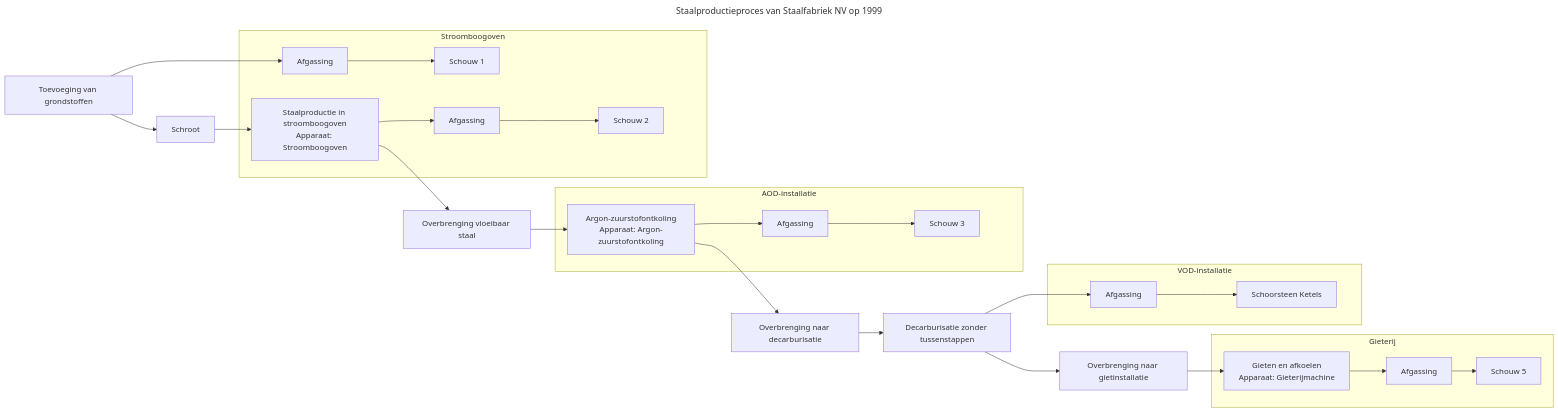
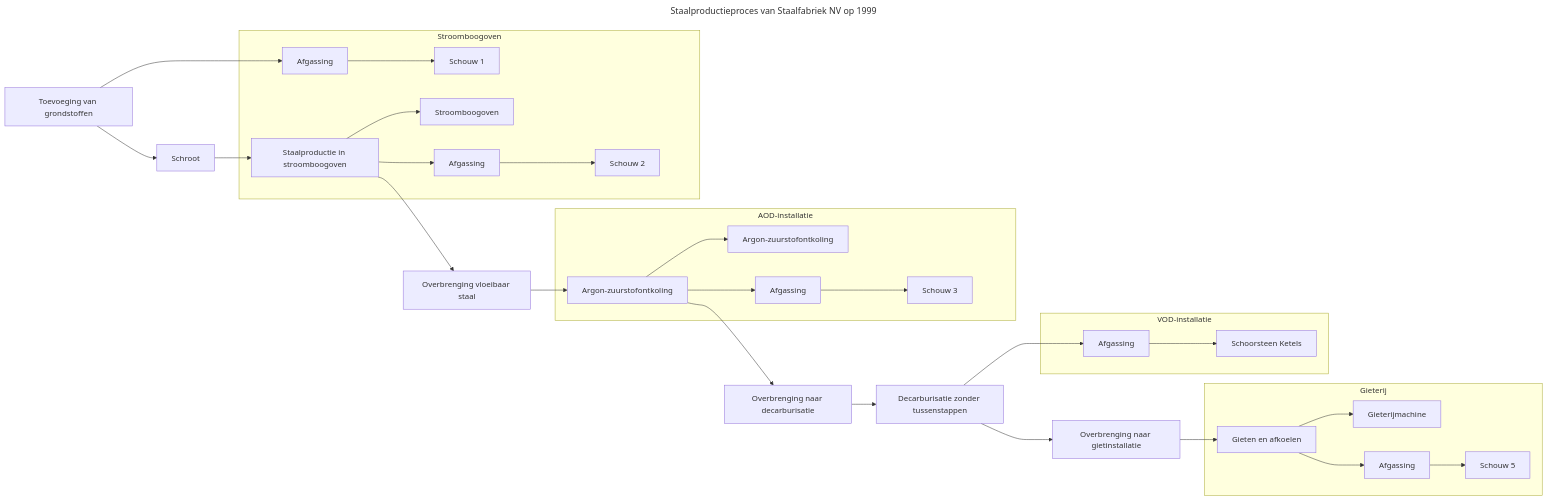
One commit to milieuinfo/RIE-IEPR changed the diagram in documentatie/bin/activiteit-visualisatie/diagrams/0400123123_6851234567_ACTIVITEIT_1_VERSIE1999_proces_0400123123_6851234567_ACTIVITEIT_1_VERSIE1999.mmd. Above: the diagram before and after it, drawn with Mermaid. The commit also changed 23 other files, not shown here.

```diff
--- a/documentatie/bin/activiteit-visualisatie/diagrams/0400123123_6851234567_ACTIVITEIT_1_VERSIE1999_proces_0400123123_6851234567_ACTIVITEIT_1_VERSIE1999.mmd
+++ b/documentatie/bin/activiteit-visualisatie/diagrams/0400123123_6851234567_ACTIVITEIT_1_VERSIE1999_proces_0400123123_6851234567_ACTIVITEIT_1_VERSIE1999.mmd
@@ -1,52 +1,55 @@
 ---
 title: "Staalproductieproces van Staalfabriek NV op 1999"
 ---
 flowchart LR
 subgraph installatie_0400123123_6851234567_0000001["Stroomboogoven"]
 emissiepunt_0400123123_6851234567_0000001["Schouw 1"]
 proces_0400123123_6851234567_ACTIVITEIT_1_0002["Afgassing"]
 emissiepunt_0400123123_6851234567_0000002["Schouw 2"]
 proces_0400123123_6851234567_ACTIVITEIT_1_0005["Afgassing"]
-proces_0400123123_6851234567_ACTIVITEIT_1_0004["Staalproductie in stroomboogoven
-Apparaat: Stroomboogoven"]
+apparaat_0400123123_6851234567_0001["Stroomboogoven"]
+proces_0400123123_6851234567_ACTIVITEIT_1_0004["Staalproductie in stroomboogoven"]
 end
 subgraph installatie_0400123123_6851234567_0000002["Gieterij"]
 emissiepunt_0400123123_6851234567_0000005["Schouw 5"]
 proces_0400123123_6851234567_ACTIVITEIT_1_0012["Afgassing"]
-proces_0400123123_6851234567_ACTIVITEIT_1_0011["Gieten en afkoelen
-Apparaat: Gieterijmachine"]
+apparaat_0400123123_6851234567_0002["Gieterijmachine"]
+proces_0400123123_6851234567_ACTIVITEIT_1_0011["Gieten en afkoelen"]
 end
 subgraph installatie_0400123123_6851234567_0000003["VOD-installatie"]
 emissiepunt_0400123123_6851234567_0000004["Schoorsteen Ketels"]
 proces_0400123123_6851234567_ACTIVITEIT_1_0010_VERSIE1999["Afgassing"]
 end
 subgraph installatie_0400123123_6851234567_0000004["AOD-installatie"]
 emissiepunt_0400123123_6851234567_0000003["Schouw 3"]
 proces_0400123123_6851234567_ACTIVITEIT_1_0008["Afgassing"]
-proces_0400123123_6851234567_ACTIVITEIT_1_0007["Argon-zuurstofontkoling
-Apparaat: Argon-zuurstofontkoling"]
+apparaat_0400123123_6851234567_0004["Argon-zuurstofontkoling"]
+proces_0400123123_6851234567_ACTIVITEIT_1_0007["Argon-zuurstofontkoling"]
 end
 proces_0400123123_6851234567_ACTIVITEIT_1_0001["Toevoeging van grondstoffen"]
 proces_0400123123_6851234567_ACTIVITEIT_1_0003["Schroot"]
 proces_0400123123_6851234567_ACTIVITEIT_1_0006["Overbrenging vloeibaar staal"]
 proces_0400123123_6851234567_ACTIVITEIT_1_0008b["Overbrenging naar decarburisatie"]
 proces_0400123123_6851234567_ACTIVITEIT_1_0009_VERSIE1999["Decarburisatie zonder tussenstappen"]
 proces_0400123123_6851234567_ACTIVITEIT_1_0010["Overbrenging naar gietinstallatie"]
 proces_0400123123_6851234567_ACTIVITEIT_1_0002 --> emissiepunt_0400123123_6851234567_0000001
+proces_0400123123_6851234567_ACTIVITEIT_1_0004 --> apparaat_0400123123_6851234567_0001
 proces_0400123123_6851234567_ACTIVITEIT_1_0005 --> emissiepunt_0400123123_6851234567_0000002
+proces_0400123123_6851234567_ACTIVITEIT_1_0007 --> apparaat_0400123123_6851234567_0004
 proces_0400123123_6851234567_ACTIVITEIT_1_0008 --> emissiepunt_0400123123_6851234567_0000003
 proces_0400123123_6851234567_ACTIVITEIT_1_0010_VERSIE1999 --> emissiepunt_0400123123_6851234567_0000004
+proces_0400123123_6851234567_ACTIVITEIT_1_0011 --> apparaat_0400123123_6851234567_0002
 proces_0400123123_6851234567_ACTIVITEIT_1_0012 --> emissiepunt_0400123123_6851234567_0000005
 proces_0400123123_6851234567_ACTIVITEIT_1_0001 --> proces_0400123123_6851234567_ACTIVITEIT_1_0002
 proces_0400123123_6851234567_ACTIVITEIT_1_0001 --> proces_0400123123_6851234567_ACTIVITEIT_1_0003
 proces_0400123123_6851234567_ACTIVITEIT_1_0003 --> proces_0400123123_6851234567_ACTIVITEIT_1_0004
 proces_0400123123_6851234567_ACTIVITEIT_1_0004 --> proces_0400123123_6851234567_ACTIVITEIT_1_0005
 proces_0400123123_6851234567_ACTIVITEIT_1_0004 --> proces_0400123123_6851234567_ACTIVITEIT_1_0006
 proces_0400123123_6851234567_ACTIVITEIT_1_0006 --> proces_0400123123_6851234567_ACTIVITEIT_1_0007
 proces_0400123123_6851234567_ACTIVITEIT_1_0007 --> proces_0400123123_6851234567_ACTIVITEIT_1_0008
 proces_0400123123_6851234567_ACTIVITEIT_1_0007 --> proces_0400123123_6851234567_ACTIVITEIT_1_0008b
 proces_0400123123_6851234567_ACTIVITEIT_1_0008b --> proces_0400123123_6851234567_ACTIVITEIT_1_0009_VERSIE1999
 proces_0400123123_6851234567_ACTIVITEIT_1_0009_VERSIE1999 --> proces_0400123123_6851234567_ACTIVITEIT_1_0010_VERSIE1999
 proces_0400123123_6851234567_ACTIVITEIT_1_0009_VERSIE1999 --> proces_0400123123_6851234567_ACTIVITEIT_1_0010
 proces_0400123123_6851234567_ACTIVITEIT_1_0010 --> proces_0400123123_6851234567_ACTIVITEIT_1_0011
 proces_0400123123_6851234567_ACTIVITEIT_1_0011 --> proces_0400123123_6851234567_ACTIVITEIT_1_0012
```
